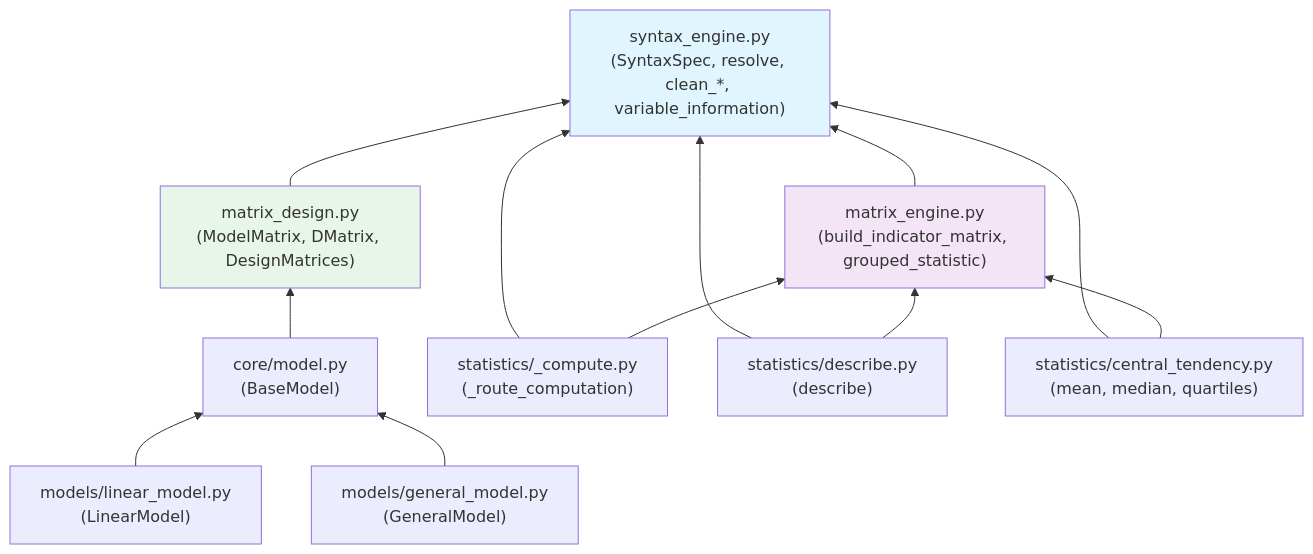
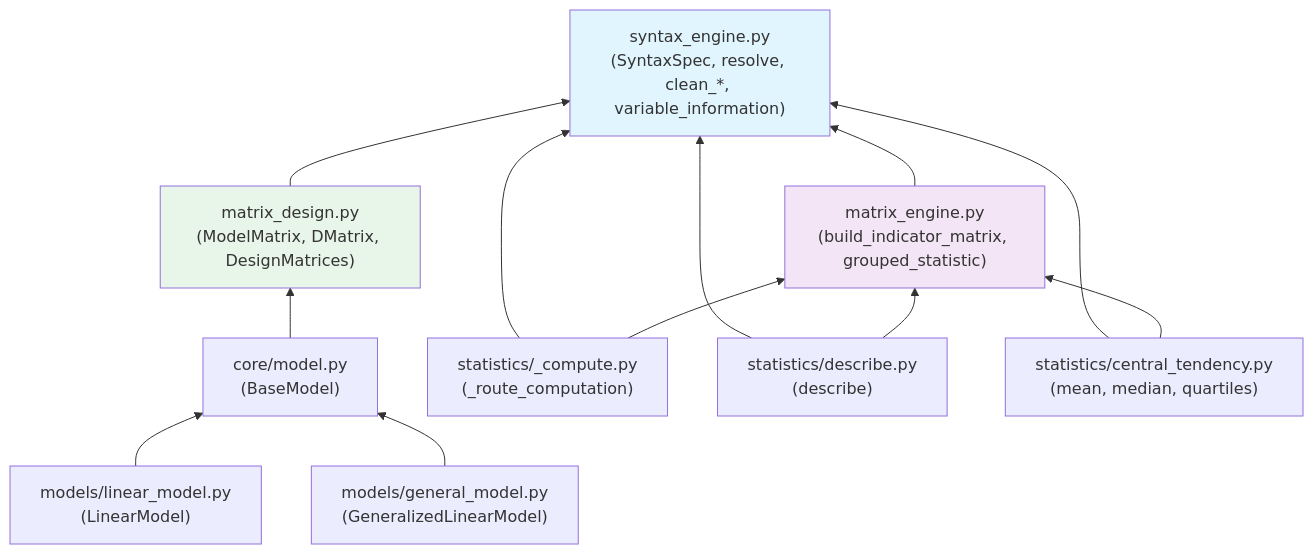
Before and after one commit to Corey-Bryant/researchpy: the third of 3 diagrams in docs/architecture-engines.md, drawn with Mermaid. The commit also changed other lines of this file and 33 other files, not shown here.

````diff
--- a/docs/architecture-engines.md
+++ b/docs/architecture-engines.md
@@ -383,28 +386,28 @@
 ```mermaid
 flowchart BT
     SE["syntax_engine.py\n(SyntaxSpec, resolve, clean_*, variable_information)"]
     ME["matrix_engine.py\n(build_indicator_matrix, grouped_statistic)"]
     MD["matrix_design.py\n(ModelMatrix, DMatrix, DesignMatrices)"]
     BM["core/model.py\n(BaseModel)"]
     LM["models/linear_model.py\n(LinearModel)"]
-    GM["models/general_model.py\n(GeneralModel)"]
+    GM["models/general_model.py\n(GeneralizedLinearModel)"]
     COMP["statistics/_compute.py\n(_route_computation)"]
     DESC["statistics/describe.py\n(describe)"]
     CT["statistics/central_tendency.py\n(mean, median, quartiles)"]
 
     ME --> SE
     MD --> SE
     BM --> MD
     LM --> BM
     GM --> BM
     COMP --> SE
     COMP --> ME
     DESC --> SE
     DESC --> ME
     CT --> SE
     CT --> ME
 
     style SE fill:#e1f5fe
     style ME fill:#f3e5f5
     style MD fill:#e8f5e9
 ```
````
